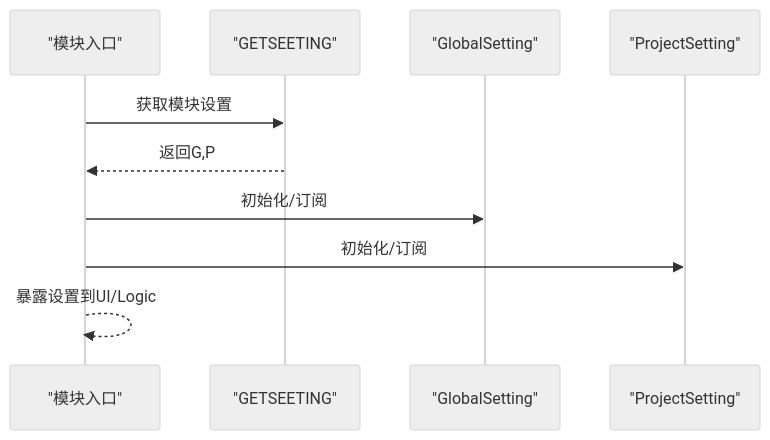
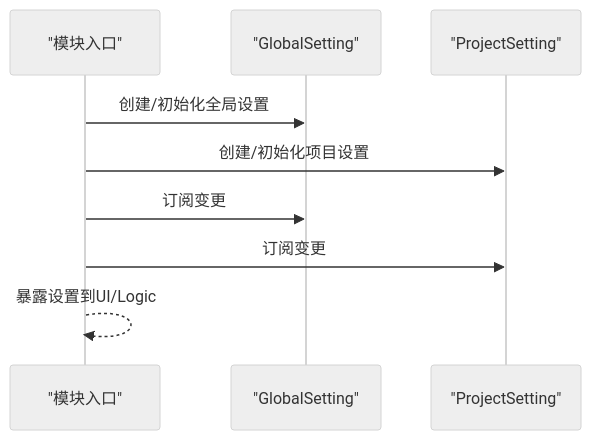
One commit to fuweiq94-cloud/339918076 changed the fifth of 6 diagrams in .qoder/repowiki/zh/content/配置管理.md. Above: the diagram before and after it, drawn with Mermaid (neutral theme). The commit also changed other lines of this file and 84 other files, not shown here.

````diff
--- a/.qoder/repowiki/zh/content/配置管理.md
+++ b/.qoder/repowiki/zh/content/配置管理.md
@@ -191,12 +186,11 @@
 ```mermaid
 sequenceDiagram
 participant Entry as "模块入口"
-participant Getter as "GETSEETING"
 participant G as "GlobalSetting"
 participant P as "ProjectSetting"
-Entry->>Getter : 获取模块设置
-Getter-->>Entry : 返回G,P
-Entry->>G : 初始化/订阅
-Entry->>P : 初始化/订阅
+Entry->>G : 创建/初始化全局设置
+Entry->>P : 创建/初始化项目设置
+Entry->>G : 订阅变更
+Entry->>P : 订阅变更
 Entry-->>Entry : 暴露设置到UI/Logic
 ```
````
